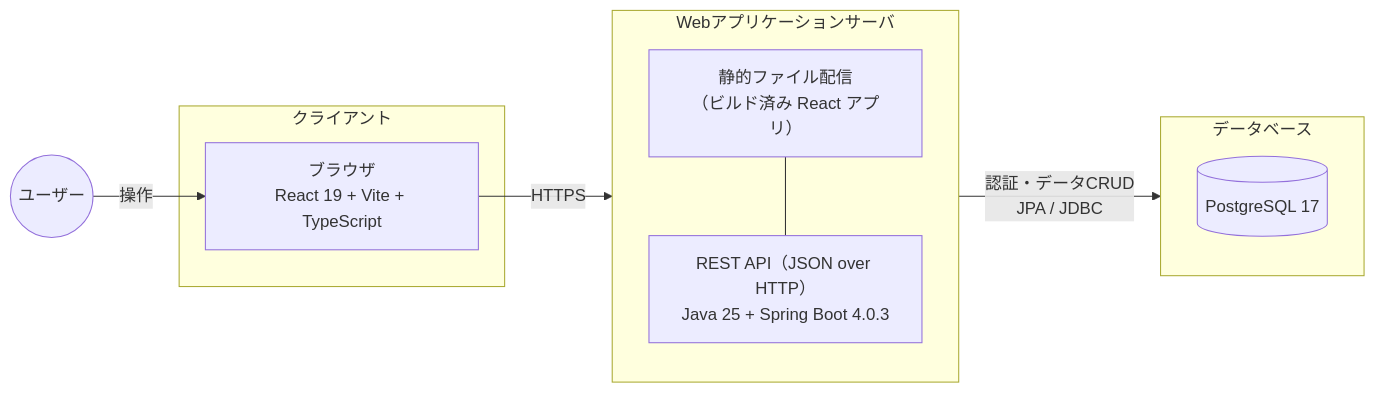
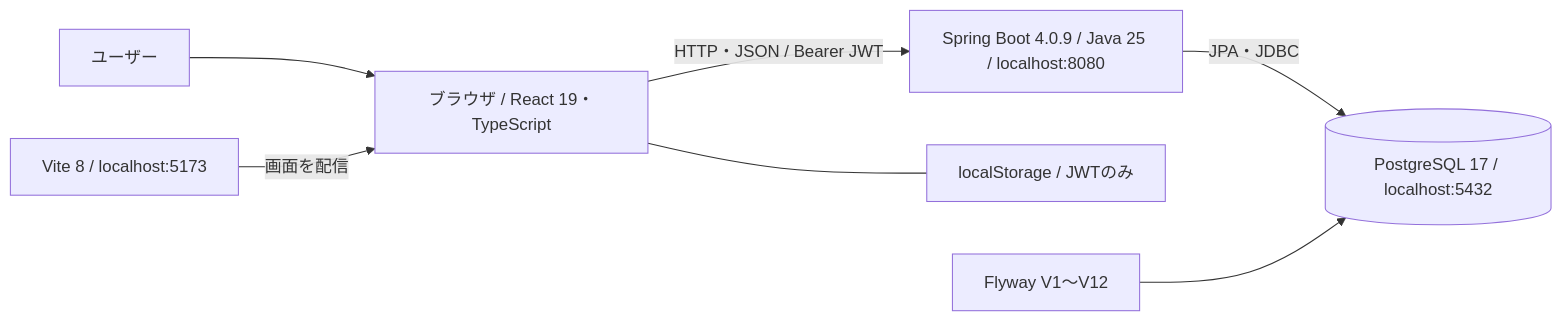
The diagram in docs/details/system-architecture.md (yamamotonaoki3/TaskManagement), drawn with Mermaid before and after one commit. The commit also changed other lines of this file and 16 other files, not shown here.

````diff
--- a/docs/details/system-architecture.md
+++ b/docs/details/system-architecture.md
@@ -31,19 +7,9 @@
 ```mermaid
 flowchart LR
-    User((ユーザー))
-    subgraph Client[クライアント]
-        Browser[ブラウザ<br/>React 19 + Vite + TypeScript]
-    end
-    subgraph Server[Webアプリケーションサーバ]
-        FE[静的ファイル配信<br/>（ビルド済み React アプリ）]
-        BE[REST API（JSON over HTTP）<br/>Java 25 + Spring Boot 4.0.3]
-        FE --- BE
-    end
-    subgraph DB[データベース]
-        DBMS[(PostgreSQL 17)]
-    end
-
-    User -- 操作 --> Browser
-    Browser -- HTTPS --> Server
-    Server -- "認証・データCRUD<br/>JPA / JDBC" --> DB
+    U[ユーザー] --> UI[ブラウザ / React 19・TypeScript]
+    V[Vite 8 / localhost:5173] -->|画面を配信| UI
+    UI -->|HTTP・JSON / Bearer JWT| API[Spring Boot 4.0.9 / Java 25 / localhost:8080]
+    UI --- TOKEN[localStorage / JWTのみ]
+    API -->|JPA・JDBC| DB[(PostgreSQL 17 / localhost:5432)]
+    F[Flyway V1〜V12] --> DB
 ```
````
